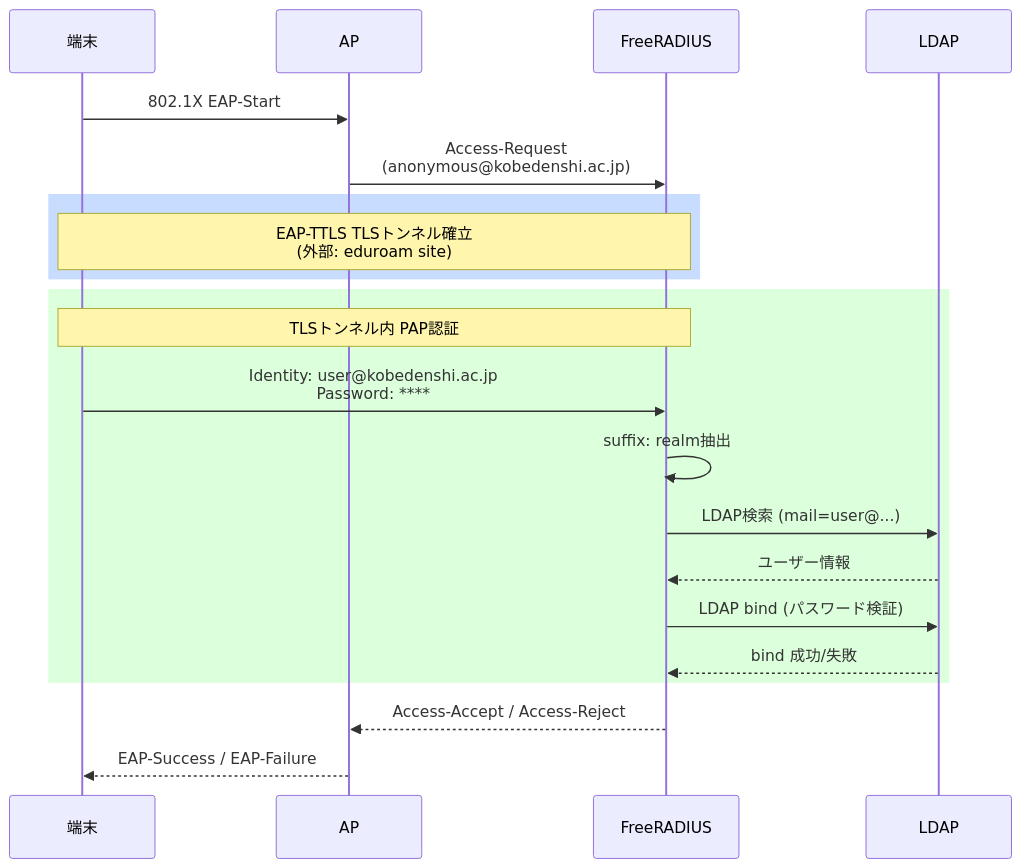
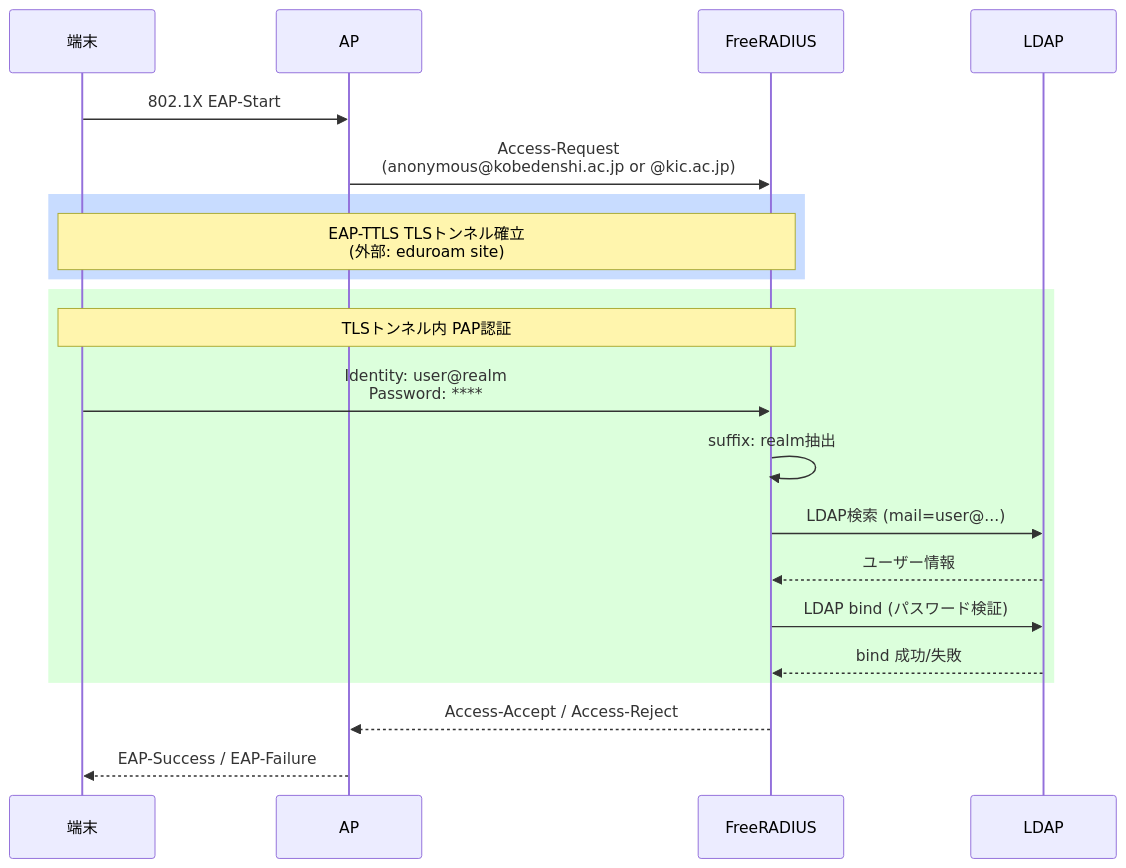
One commit to yuu61/eduroam-docker changed the second of 9 diagrams in docs/infrastructure/architecture.md. Above: the diagram before and after it, drawn with Mermaid. The commit also changed other lines of this file and 13 other files, not shown here.

````diff
--- a/docs/infrastructure/architecture.md
+++ b/docs/infrastructure/architecture.md
@@ -45,27 +45,27 @@
 ```mermaid
 sequenceDiagram
     participant D as 端末
     participant AP as AP
     participant R as FreeRADIUS
     participant L as LDAP
 
     D->>AP: 802.1X EAP-Start
-    AP->>R: Access-Request<br/>(anonymous@kobedenshi.ac.jp)
+    AP->>R: Access-Request<br/>(anonymous@kobedenshi.ac.jp or @kic.ac.jp)
 
     rect rgb(200, 220, 255)
         Note over D,R: EAP-TTLS TLSトンネル確立<br/>(外部: eduroam site)
     end
 
     rect rgb(220, 255, 220)
         Note over D,R: TLSトンネル内 PAP認証
-        D->>R: Identity: user@kobedenshi.ac.jp<br/>Password: ****
+        D->>R: Identity: user@realm<br/>Password: ****
         R->>R: suffix: realm抽出
         R->>L: LDAP検索 (mail=user@...)
         L-->>R: ユーザー情報
         R->>L: LDAP bind (パスワード検証)
         L-->>R: bind 成功/失敗
     end
 
     R-->>AP: Access-Accept / Access-Reject
     AP-->>D: EAP-Success / EAP-Failure
 ```
````
